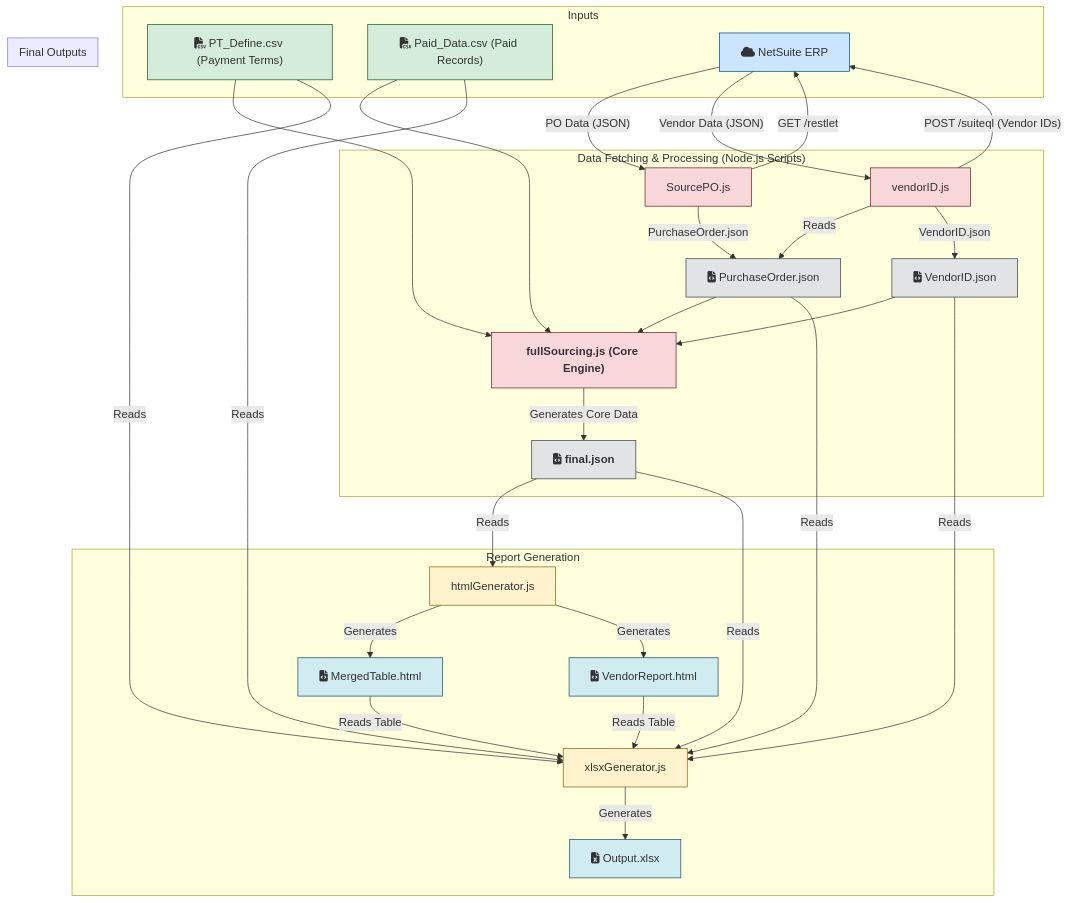
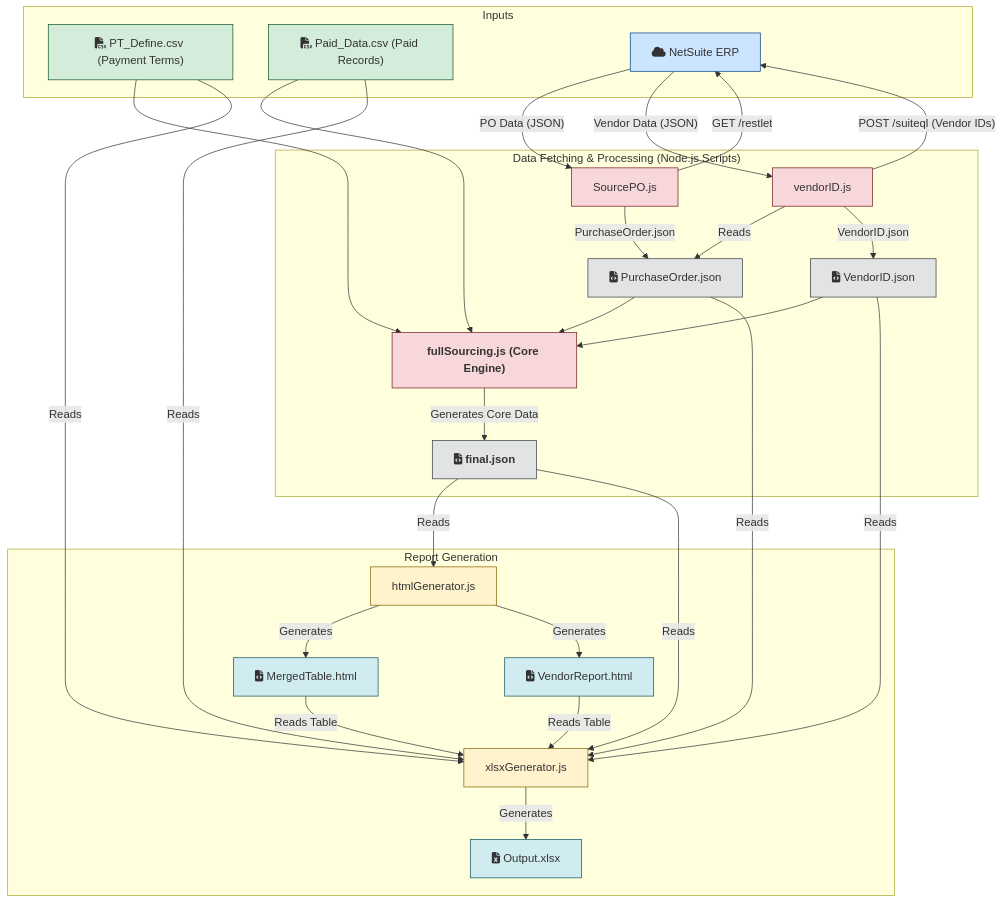
The diagram in README.md (lennonkc/NetsuiteAI), drawn with Mermaid before and after one commit.

Commit message:
docs: 从README.md中移除最终输出子图部分

````diff
--- a/README.md
+++ b/README.md
@@ -27,68 +27,64 @@
 ```mermaid
 graph TD
     subgraph "Inputs"
         A1["fa:fa-file-csv PT_Define.csv (Payment Terms)"]
         A2["fa:fa-file-csv Paid_Data.csv (Paid Records)"]
         A3["fa:fa-cloud NetSuite ERP"]
     end
 
     subgraph "Data Fetching & Processing (Node.js Scripts)"
         B1["SourcePO.js"] -- "GET /restlet" --> A3
         A3 -- "PO Data (JSON)" --> B1
         B1 -- "PurchaseOrder.json" --> C1["fa:fa-file-code PurchaseOrder.json"]
 
         B2["vendorID.js"] -- "Reads" --> C1
         B2 -- "POST /suiteql (Vendor IDs)" --> A3
         A3 -- "Vendor Data (JSON)" --> B2
         B2 -- "VendorID.json" --> C2["fa:fa-file-code VendorID.json"]
 
         B3["fullSourcing.js (Core Engine)"]
         C1 --> B3
         C2 --> B3
         A1 --> B3
         A2 --> B3
         B3 -- "Generates Core Data" --> C3["fa:fa-file-code final.json"]
     end
 
     subgraph "Report Generation"
         D1["htmlGenerator.js"]
         C3 -- "Reads" --> D1
         D1 -- "Generates" --> E1["fa:fa-file-code MergedTable.html"]
         D1 -- "Generates" --> E2["fa:fa-file-code VendorReport.html"]
 
         D2["xlsxGenerator.js"]
         C3 -- "Reads" --> D2
         C1 -- "Reads" --> D2
         C2 -- "Reads" --> D2
         A1 -- "Reads" --> D2
         A2 -- "Reads" --> D2
         E1 -- "Reads Table" --> D2
         E2 -- "Reads Table" --> D2
         D2 -- "Generates" --> E3["fa:fa-file-excel Output.xlsx"]
     end
 
-    subgraph "Final Outputs"
-        E1["fa:fa-file-code MergedTable.html"]
-        E2["fa:fa-file-code VendorReport.html"]
-        E3["fa:fa-file-excel Output.xlsx"]
-    end
+
 
     style A1 fill:#d4edda,stroke:#155724
     style A2 fill:#d4edda,stroke:#155724
     style A3 fill:#cce5ff,stroke:#004085
 
     style B1 fill:#f8d7da,stroke:#721c24
     style B2 fill:#f8d7da,stroke:#721c24
     style B3 fill:#f8d7da,stroke:#721c24,font-weight:bold
 
     style D1 fill:#fff3cd,stroke:#856404
     style D2 fill:#fff3cd,stroke:#856404
 
     style C1 fill:#e2e3e5,stroke:#383d41
     style C2 fill:#e2e3e5,stroke:#383d41
     style C3 fill:#e2e3e5,stroke:#383d41,font-weight:bold
 
     style E1 fill:#d1ecf1,stroke:#0c5460
     style E2 fill:#d1ecf1,stroke:#0c5460
     style E3 fill:#d1ecf1,stroke:#0c5460
 ```
````
